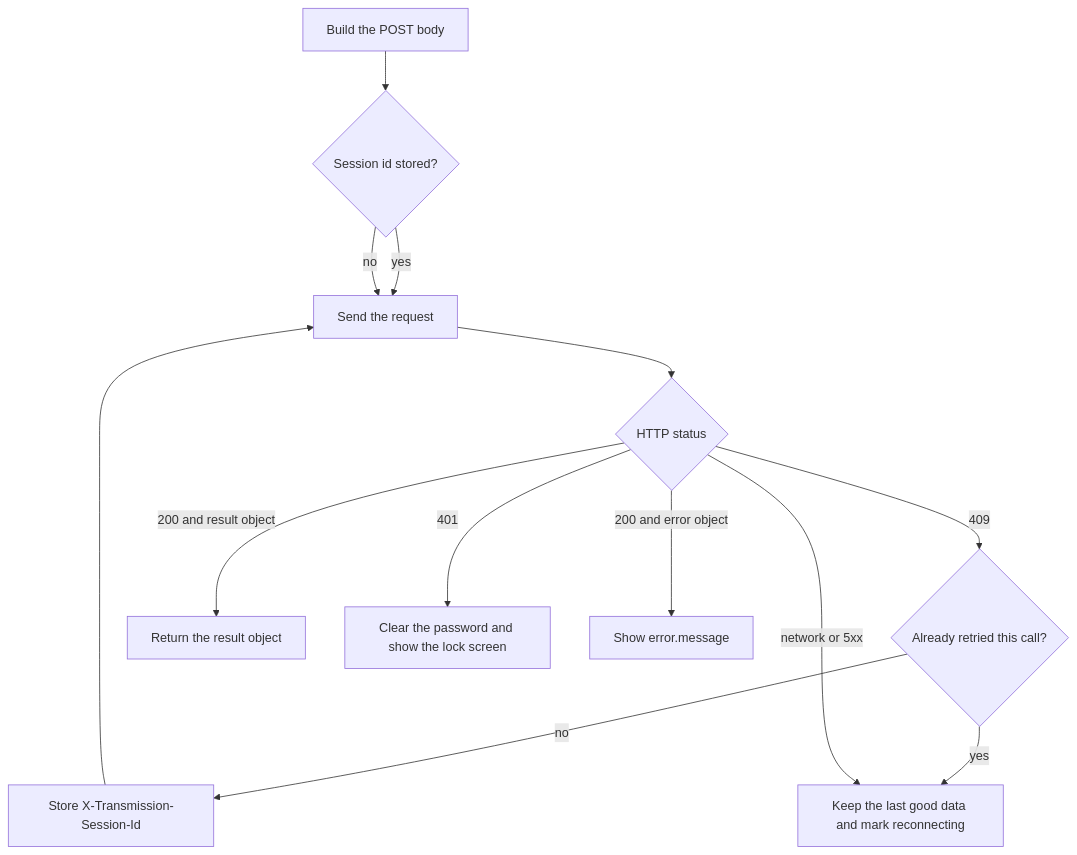
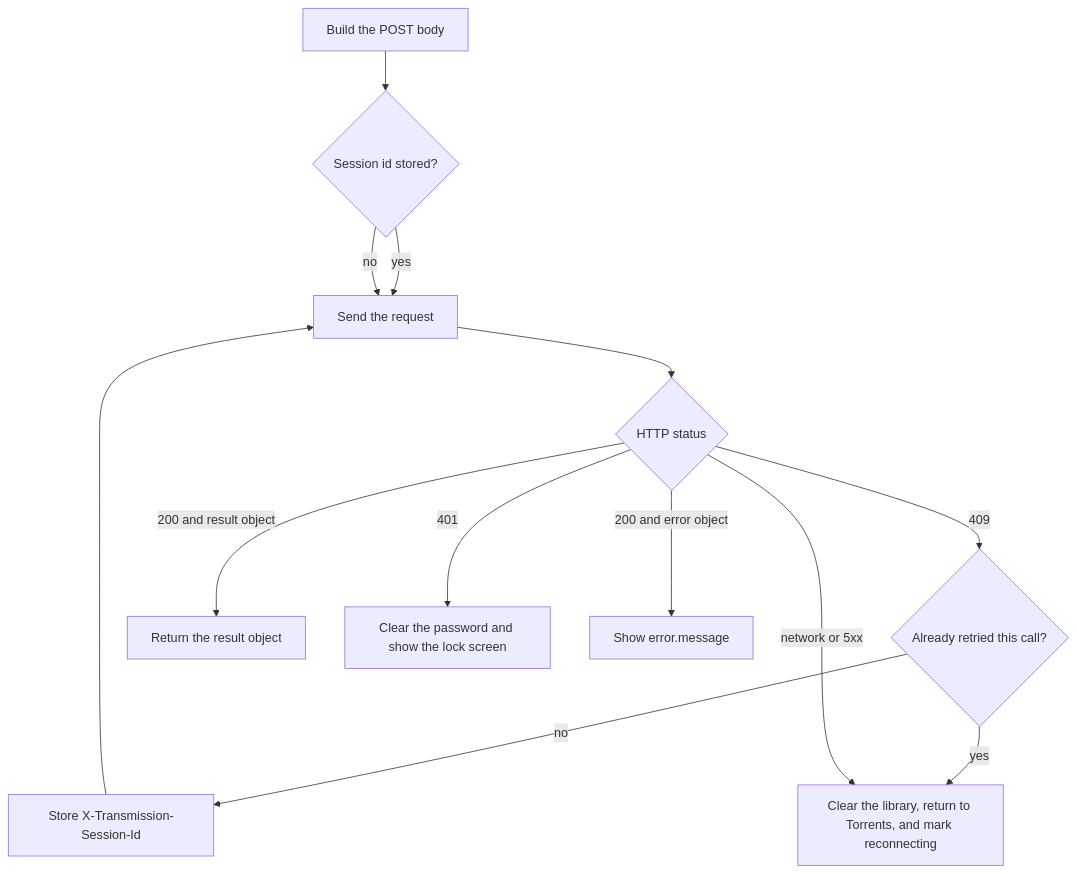
The fifth of 6 diagrams in Design/transmission-webui.md (schleising/transmission-webui), drawn with Mermaid before and after one commit. The commit also changed other lines of this file and 8 other files, not shown here.

````diff
--- a/Design/transmission-webui.md
+++ b/Design/transmission-webui.md
@@ -251,26 +251,26 @@
 ```mermaid
 flowchart TD
   build[Build the POST body]
   have{Session id stored?}
   send[Send the request]
   status{HTTP status}
   save[Store X-Transmission-Session-Id]
   once{Already retried this call?}
   ok[Return the result object]
   lock[Clear the password and show the lock screen]
   rpcErr[Show error.message]
-  down[Keep the last good data and mark reconnecting]
+  down[Clear the library, return to Torrents, and mark reconnecting]
 
   build --> have
   have -->|yes| send
   have -->|no| send
   send --> status
   status -->|409| once
   once -->|no| save
   save --> send
   once -->|yes| down
   status -->|401| lock
   status -->|200 and result object| ok
   status -->|200 and error object| rpcErr
   status -->|network or 5xx| down
 ```
````
